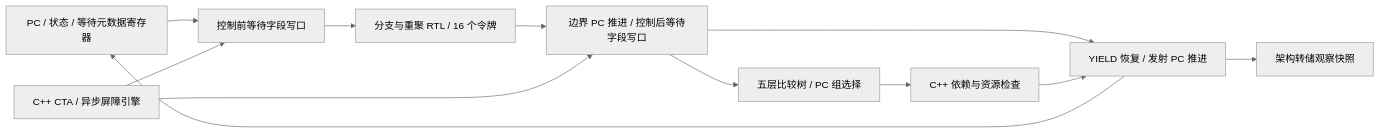
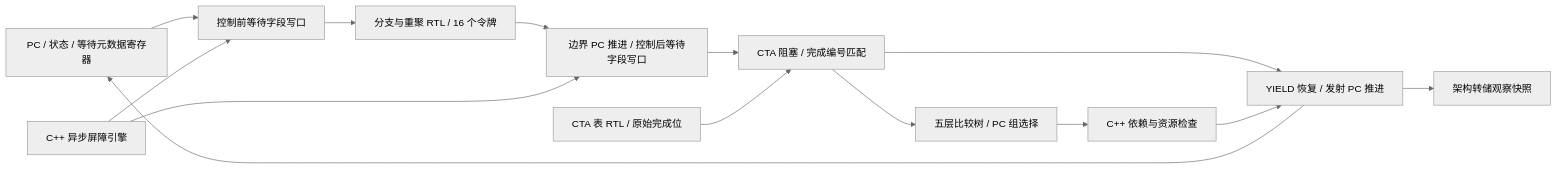
Before and after one commit to zdshq/simt-lab: the diagram in docs/RTL_WARP_FRONTEND.md, drawn with Mermaid (neutral theme). The commit also changed other lines of this file and 29 other files, not shown here.

Commit message:
feat(sm): execute CTA barrier arrivals and wakeups through RTL

````diff
--- a/docs/RTL_WARP_FRONTEND.md
+++ b/docs/RTL_WARP_FRONTEND.md
@@ -7,14 +7,16 @@
 ```mermaid
 flowchart LR
     S[PC / 状态 / 等待元数据寄存器] --> P[控制前等待字段写口]
     P --> C[分支与重聚 RTL / 16 个令牌]
     C --> Q[边界 PC 推进 / 控制后等待字段写口]
-    Q --> G[五层比较树 / PC 组选择]
-    Q --> I[YIELD 恢复 / 发射 PC 推进]
+    Q --> T[CTA 阻塞 / 完成编号匹配]
+    T --> G[五层比较树 / PC 组选择]
+    T --> I[YIELD 恢复 / 发射 PC 推进]
     G --> H[C++ 依赖与资源检查]
     H --> I
     I --> S
-    B[C++ CTA / 异步屏障引擎] --> P
+    B[C++ 异步屏障引擎] --> P
     B --> Q
+    R[CTA 表 RTL / 原始完成位] --> T
     I --> O[架构转储观察快照]
 ```
````
